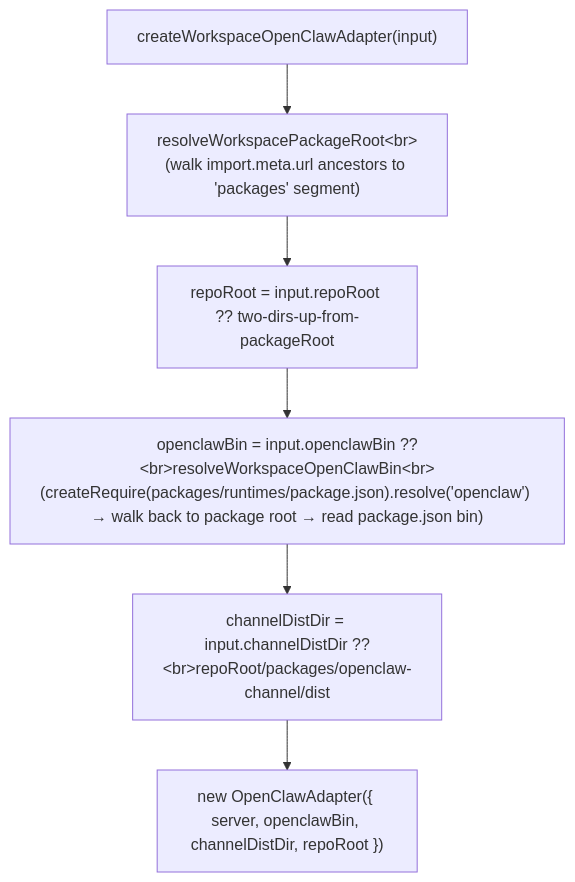
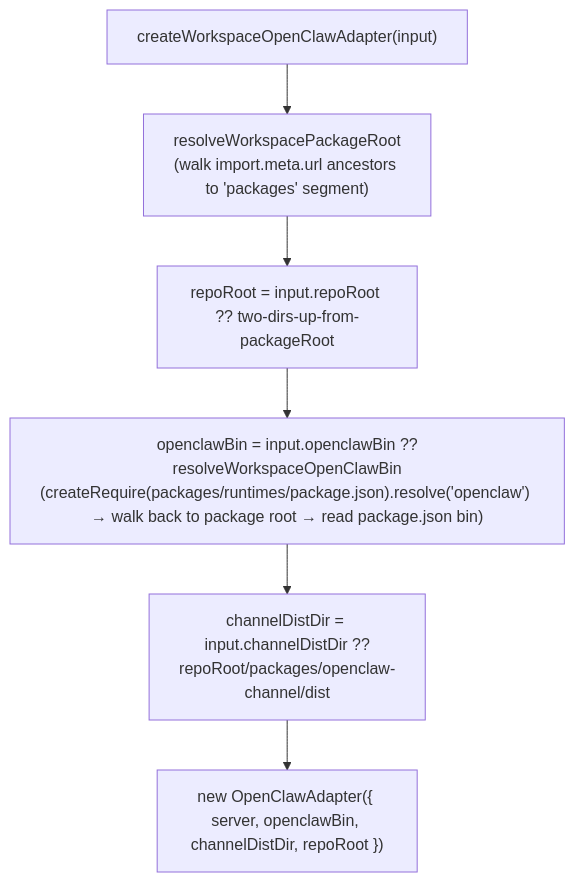
The third of 8 diagrams in packages/runtimes/src/MODULE.md (chughtapan/moltzap), drawn with Mermaid before and after one commit. The commit also changed other lines of this file and 33 other files, not shown here.

First line of the commit message:
docs(mermaid): use literal <br> in JSDoc sequence/state diagrams; drop dead inferConversationType test

````diff
--- a/packages/runtimes/src/MODULE.md
+++ b/packages/runtimes/src/MODULE.md
@@ -202,10 +202,10 @@
 ```mermaid
 flowchart TD
   OCWF["createWorkspaceOpenClawAdapter(input)"]
-  OCPR["resolveWorkspacePackageRoot&lt;br>(walk import.meta.url ancestors to 'packages' segment)"]
+  OCPR["resolveWorkspacePackageRoot<br>(walk import.meta.url ancestors to 'packages' segment)"]
   OCRR["repoRoot = input.repoRoot ?? two-dirs-up-from-packageRoot"]
-  OCBIN["openclawBin = input.openclawBin ??&lt;br>resolveWorkspaceOpenClawBin&lt;br>(createRequire(packages/runtimes/package.json).resolve('openclaw') → walk back to package root → read package.json bin)"]
-  OCCH["channelDistDir = input.channelDistDir ??&lt;br>repoRoot/packages/openclaw-channel/dist"]
+  OCBIN["openclawBin = input.openclawBin ??<br>resolveWorkspaceOpenClawBin<br>(createRequire(packages/runtimes/package.json).resolve('openclaw') → walk back to package root → read package.json bin)"]
+  OCCH["channelDistDir = input.channelDistDir ??<br>repoRoot/packages/openclaw-channel/dist"]
   OCOUT["new OpenClawAdapter({ server, openclawBin, channelDistDir, repoRoot })"]
   OCWF --> OCPR --> OCRR --> OCBIN --> OCCH --> OCOUT
 ```
````
